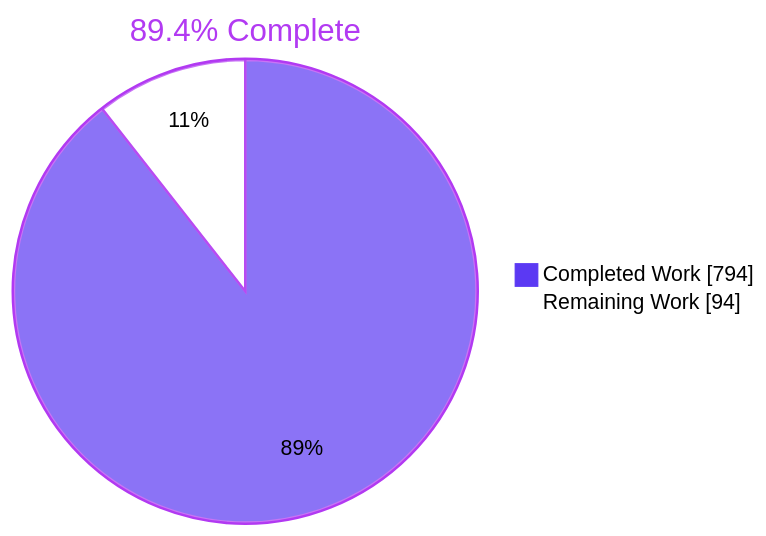
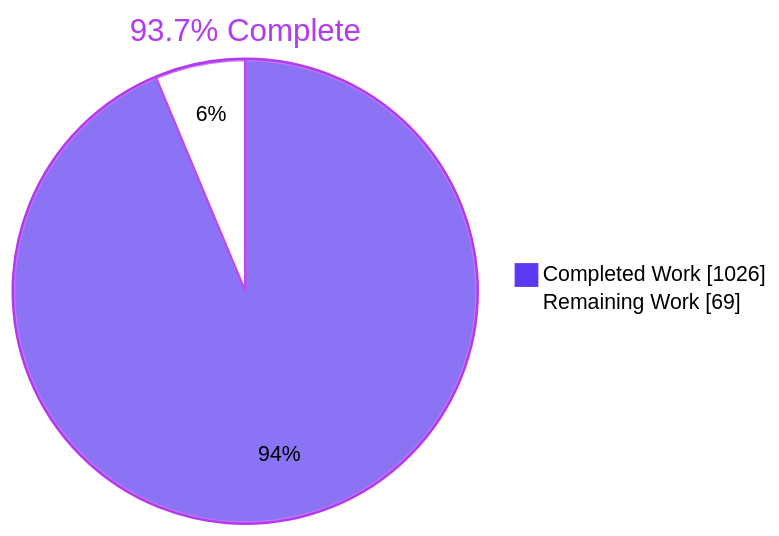
Before and after one commit to blitzy-research/odoo: the first of 3 diagrams in blitzy/documentation/Project Guide.md, drawn with Mermaid. The commit also changed other lines of this file, not shown here.

Commit message:
Adding Blitzy Project Guide: Project Status and Human Tasks Remaining

````diff
--- a/blitzy/documentation/Project Guide.md
+++ b/blitzy/documentation/Project Guide.md
@@ -9,6 +9,6 @@
 ```mermaid
 %%{init: {'theme':'base','themeVariables':{'pie1':'#5B39F3','pie2':'#FFFFFF','pieStrokeColor':'#B23AF2','pieOuterStrokeColor':'#B23AF2','pieSectionTextColor':'#000000','pieTitleTextColor':'#B23AF2','pieLegendTextColor':'#000000'}}}%%
-pie showData title 89.4% Complete
-    "Completed Work" : 794
-    "Remaining Work" : 94
+pie showData title 93.7% Complete
+    "Completed Work" : 1026
+    "Remaining Work" : 69
 ```
````
